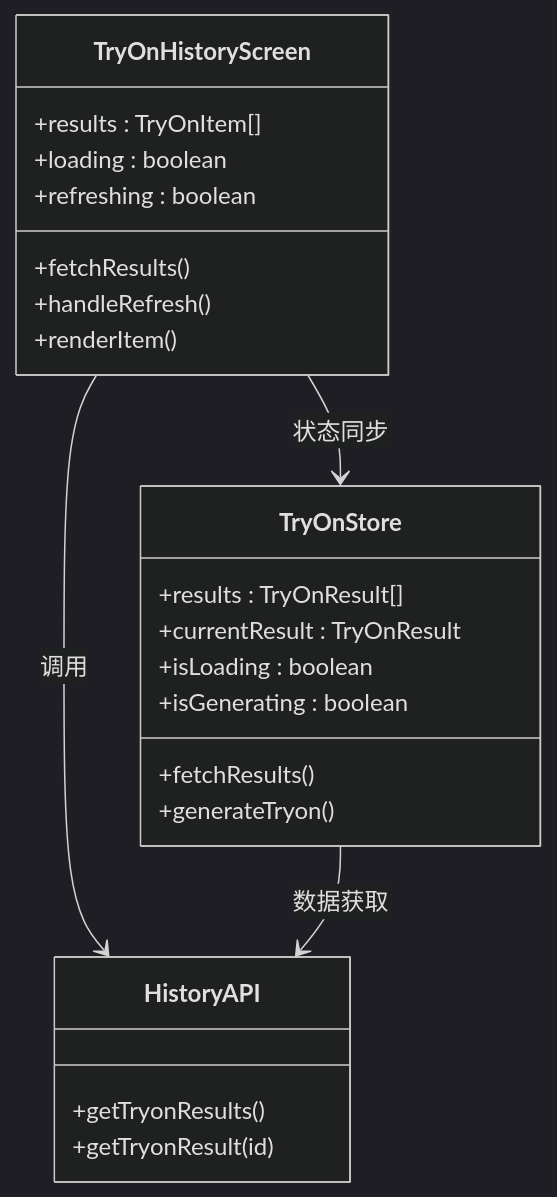
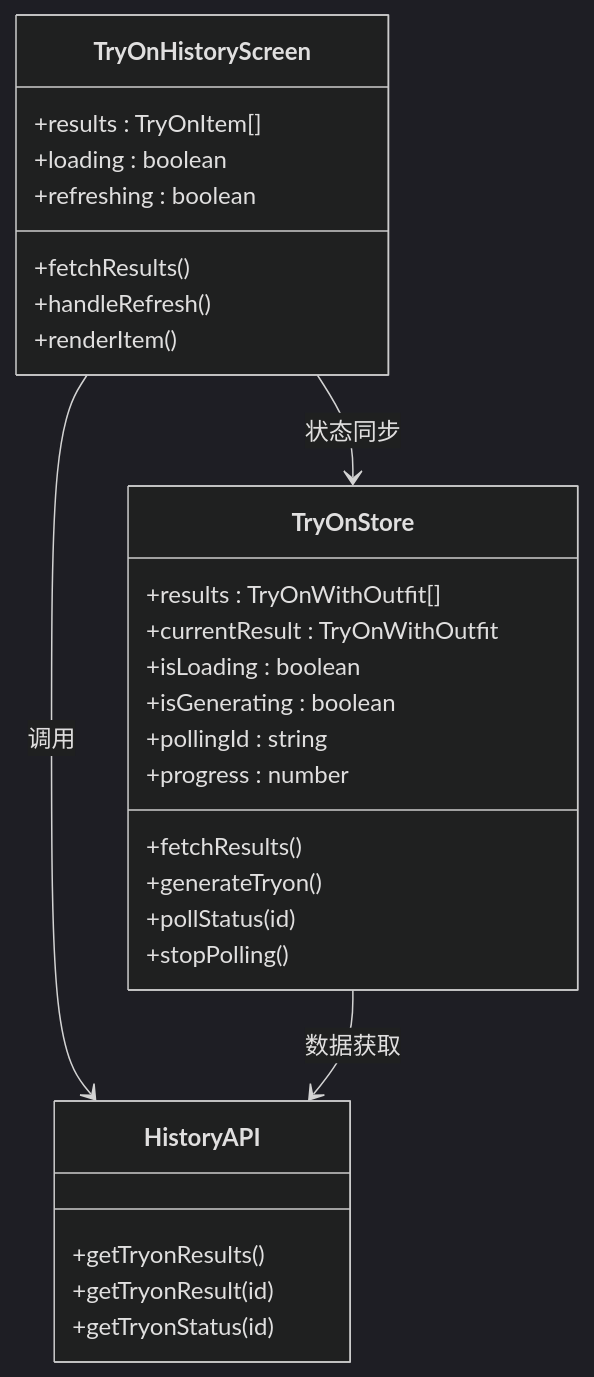
Before and after one commit to lsqwawa/free-dress: the tenth of 13 diagrams in .qoder/repowiki/zh/content/后端开发指南/核心模块详解/AI试穿模块.md, drawn with Mermaid (dark theme). The commit also changed other lines of this file and 62 other files, not shown here.

````diff
--- a/.qoder/repowiki/zh/content/后端开发指南/核心模块详解/AI试穿模块.md
+++ b/.qoder/repowiki/zh/content/后端开发指南/核心模块详解/AI试穿模块.md
@@ -375,26 +531,31 @@
 ```mermaid
 classDiagram
 class TryOnHistoryScreen {
 +results : TryOnItem[]
 +loading : boolean
 +refreshing : boolean
 +fetchResults()
 +handleRefresh()
 +renderItem()
 }
 class TryOnStore {
-+results : TryOnResult[]
-+currentResult : TryOnResult
++results : TryOnWithOutfit[]
++currentResult : TryOnWithOutfit
 +isLoading : boolean
 +isGenerating : boolean
++pollingId : string
++progress : number
 +fetchResults()
 +generateTryon()
++pollStatus(id)
++stopPolling()
 }
 class HistoryAPI {
 +getTryonResults()
 +getTryonResult(id)
++getTryonStatus(id)
 }
 TryOnHistoryScreen --> HistoryAPI : 调用
 TryOnHistoryScreen --> TryOnStore : 状态同步
 TryOnStore --> HistoryAPI : 数据获取
 ```
````
